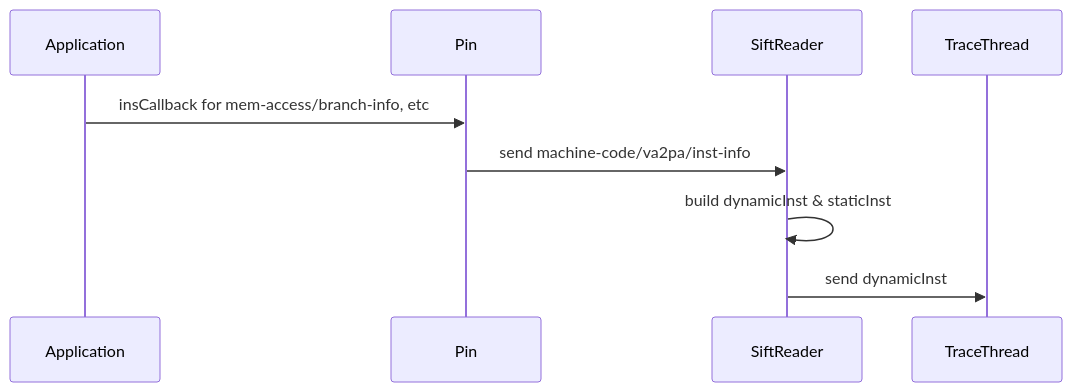
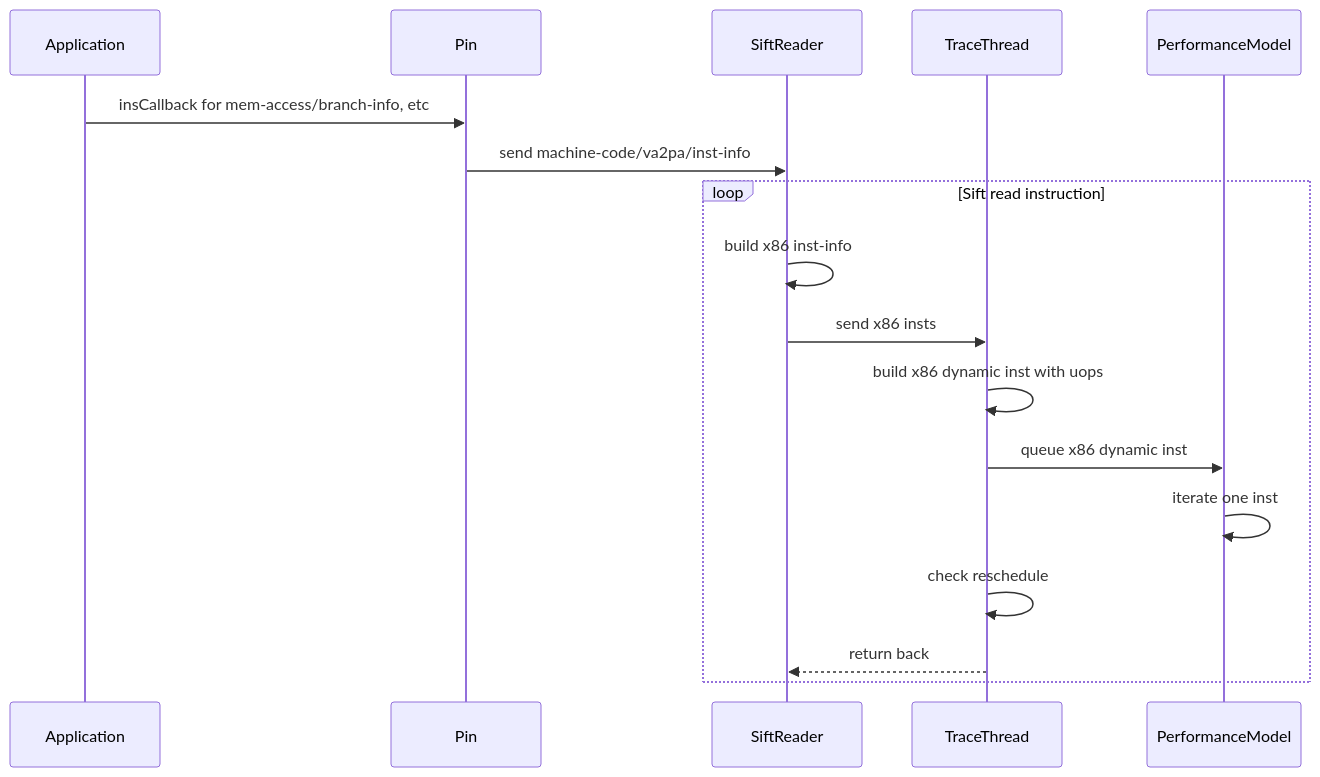
Before and after one commit to hawkroy/doc: the fifth of 5 diagrams in tech/sniper/rectrace.md, drawn with Mermaid. The commit also changed other lines of this file and 19 other files, not shown here.

````diff
--- a/tech/sniper/rectrace.md
+++ b/tech/sniper/rectrace.md
@@ -652,12 +678,20 @@
   ```mermaid
   sequenceDiagram
   	participant app as Application
   	participant pin as Pin
   	participant sfr as SiftReader
   	participant trT as TraceThread
+  	participant perfM	as PerformanceModel
   	
   	app ->> pin: insCallback for mem-access/branch-info, etc
   	pin ->> sfr: send machine-code/va2pa/inst-info
-  	sfr ->> sfr: build dynamicInst & staticInst
-  	sfr ->> trT: send dynamicInst
+  	loop Sift read instruction
+  		sfr ->> sfr: build x86 inst-info
+  		sfr ->> trT: send x86 insts
+  		trT ->> trT: build x86 dynamic inst with uops
+  		trT ->> perfM: queue x86 dynamic inst
+  		perfM ->> perfM: iterate one inst
+  		trT ->> trT: check reschedule
+  		trT -->> sfr: return back
+  	end
   ```
````
